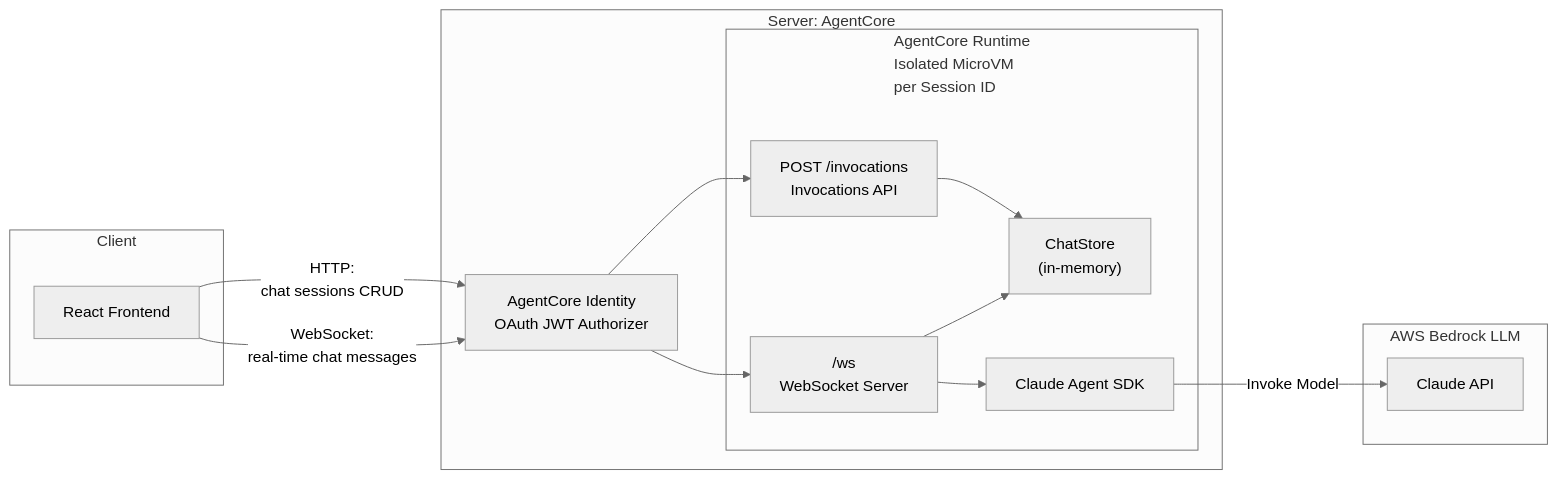
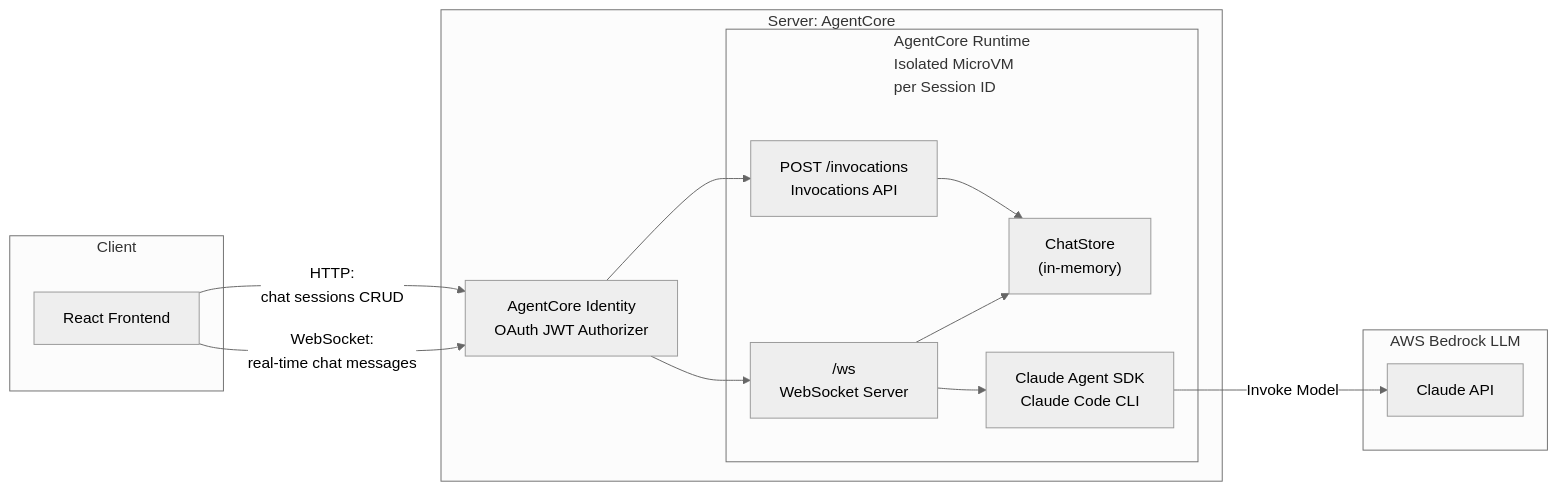
Before and after one commit to aws-samples/sample-AgentCore-make-Claude_Agent_SDK-production_ready: the diagram in README.md, drawn with Mermaid (neutral theme).

````diff
--- a/README.md
+++ b/README.md
@@ -5,33 +5,33 @@
 ```mermaid
 graph LR
     subgraph client["Client"]
         Browser["React Frontend"]
     end
 
     subgraph AgentCore["Server: AgentCore <br/>"]
         Auth["AgentCore Identity<br/>OAuth JWT Authorizer"]
 
         subgraph Container["AgentCore Runtime <br/>Isolated MicroVM <br/>per Session ID"]
             invisible1[" "]
             invisible2[" "]
             Invocations["POST /invocations<br/>Invocations API"]
             WS["/ws<br/>WebSocket Server"]
             Store["ChatStore<br/>(in-memory)"]
-            SDK["Claude Agent SDK"]
+            SDK["Claude Agent SDK<br/>Claude Code CLI"]
             Invocations --> Store
             WS --> Store
             WS --> SDK
         end
         style invisible1 fill:none,stroke:none
         style invisible2 fill:none,stroke:none
     end
 
     subgraph Bedrock["AWS Bedrock LLM"]
         Claude["Claude API"]
     end
 
     Browser -- "HTTP: <br/>chat sessions CRUD" --> Auth --> Invocations
     Browser -- "WebSocket: <br/>real-time chat messages" --> Auth
     Auth --> WS
     SDK -- "Invoke Model" --> Claude
 ```
````
